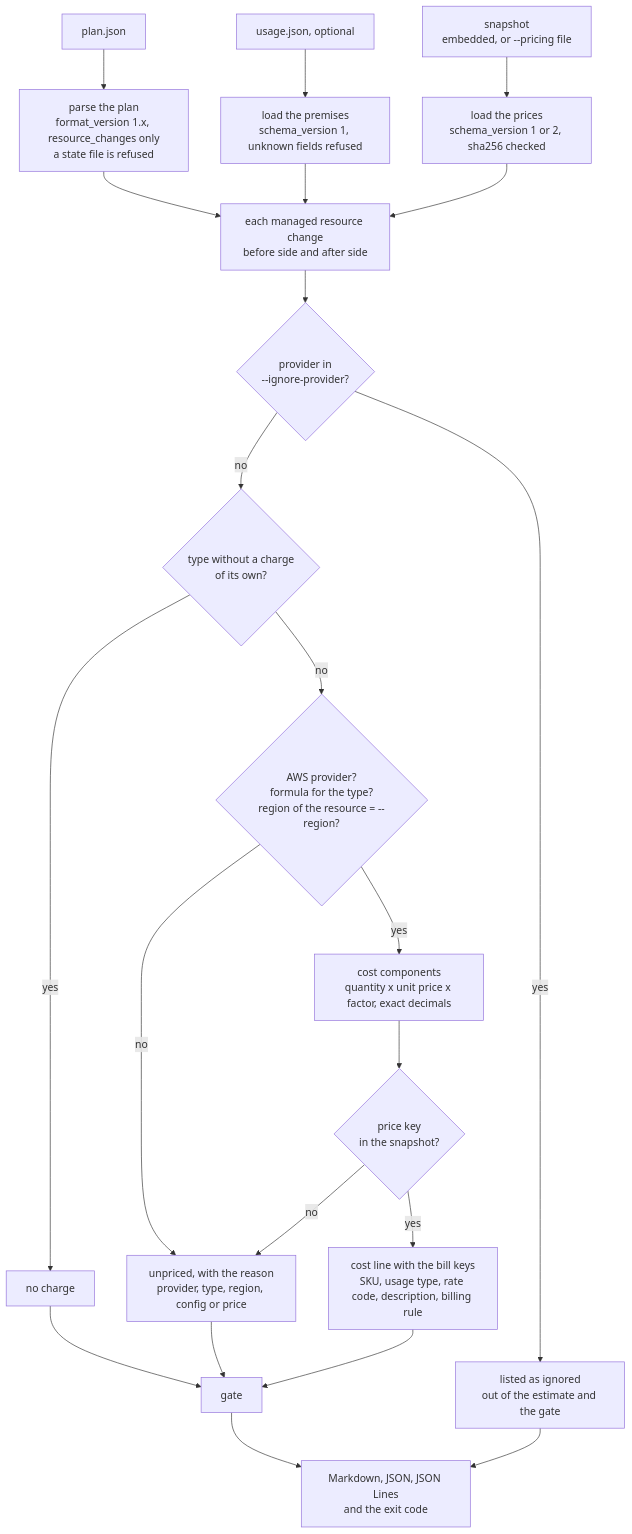
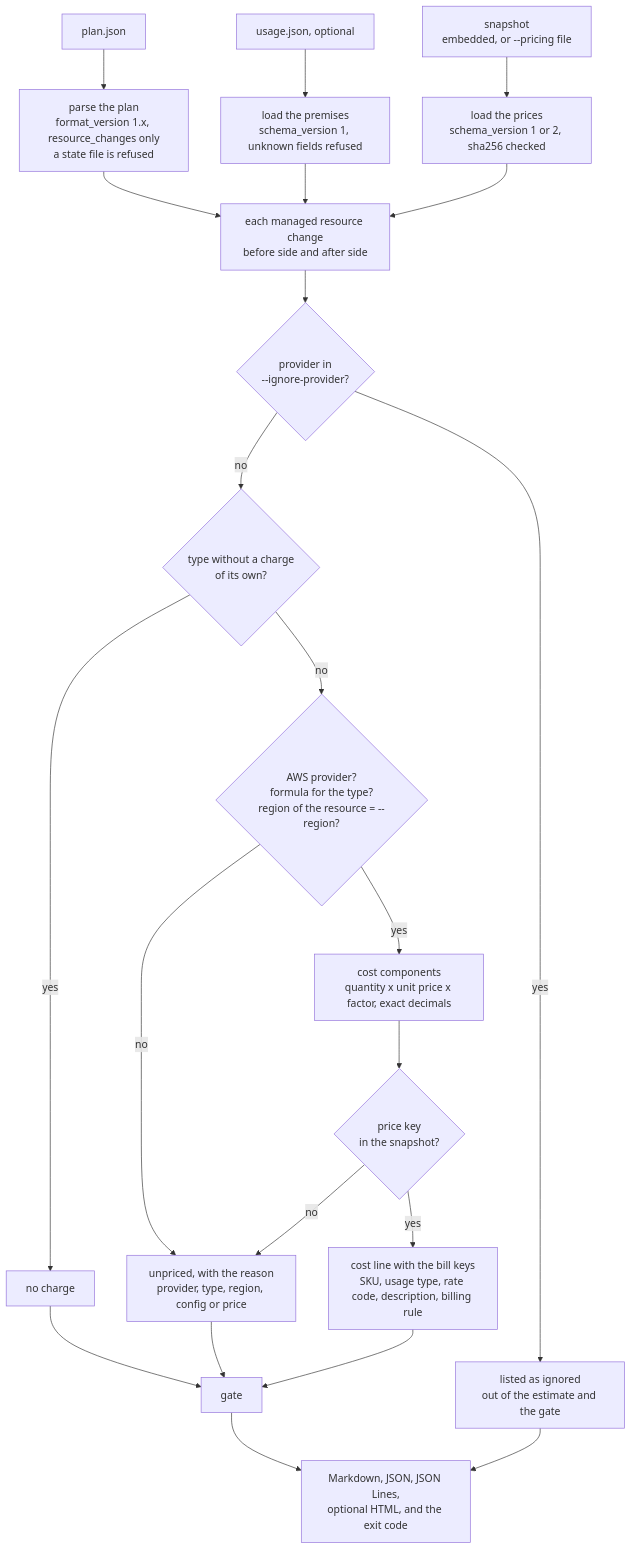
One commit to leosavio/costgate changed the third of 5 diagrams in docs/how-it-works.md. Above: the diagram before and after it, drawn with Mermaid. The commit also changed other lines of this file and 29 other files, not shown here.

````diff
--- a/docs/how-it-works.md
+++ b/docs/how-it-works.md
@@ -102,24 +103,24 @@
 ```mermaid
 flowchart TD
   plan["plan.json"] --> parse["parse the plan<br/>format_version 1.x, resource_changes only<br/>a state file is refused"]
   usage["usage.json, optional"] --> premises["load the premises<br/>schema_version 1, unknown fields refused"]
   snap["snapshot<br/>embedded, or --pricing file"] --> load["load the prices<br/>schema_version 1 or 2, sha256 checked"]
   parse --> each["each managed resource change<br/>before side and after side"]
   premises --> each
   load --> each
   each --> ign{"provider in<br/>--ignore-provider?"}
   ign -- yes --> ignored["listed as ignored<br/>out of the estimate and the gate"]
   ign -- no --> zero{"type without a charge<br/>of its own?"}
   zero -- yes --> free["no charge"]
   zero -- no --> known{"AWS provider?<br/>formula for the type?<br/>region of the resource = --region?"}
   known -- no --> unpriced["unpriced, with the reason<br/>provider, type, region, config or price"]
   known -- yes --> comps["cost components<br/>quantity x unit price x factor, exact decimals"]
   comps --> found{"price key<br/>in the snapshot?"}
   found -- no --> unpriced
   found -- yes --> line["cost line with the bill keys<br/>SKU, usage type, rate code, description, billing rule"]
   free --> gate["gate"]
   unpriced --> gate
   line --> gate
-  gate --> render["Markdown, JSON, JSON Lines<br/>and the exit code"]
+  gate --> render["Markdown, JSON, JSON Lines,<br/>optional HTML, and the exit code"]
   ignored --> render
 ```
````
